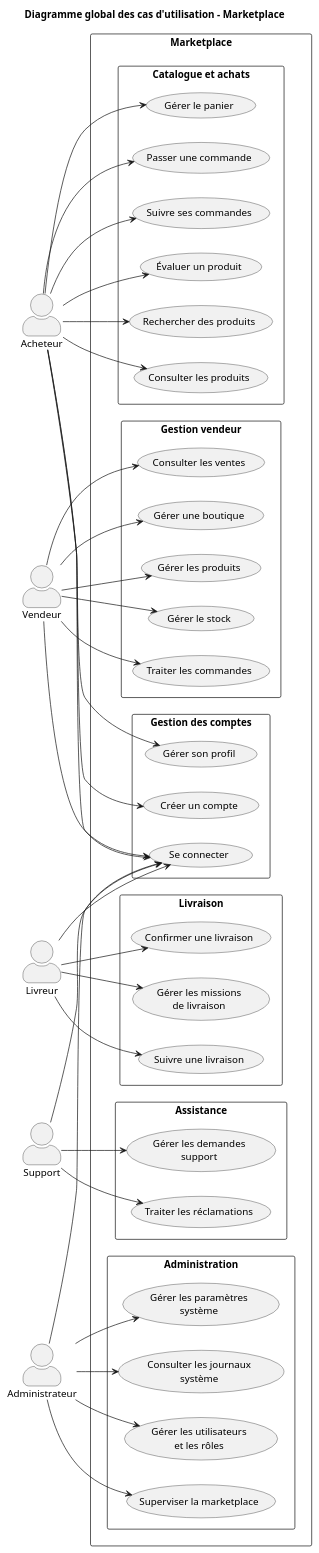
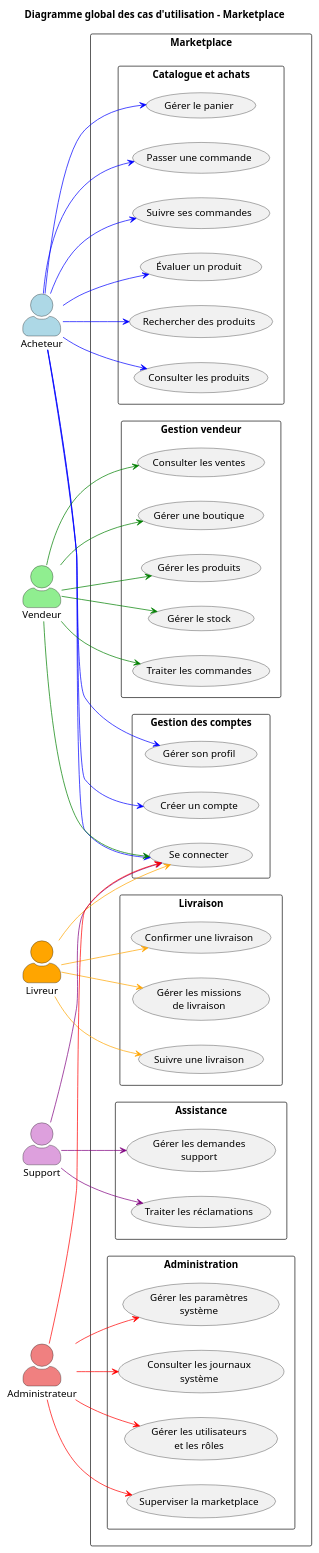
One commit to miantsaaaa/MarketPlace changed the diagram in docs/04-cas-utilisation/diagrammes/04.7-diagramme-global-use-case.puml. Above: the diagram before and after it, drawn with PlantUML. The commit also changed 8 other files, not shown here.

```diff
--- a/docs/04-cas-utilisation/diagrammes/04.7-diagramme-global-use-case.puml
+++ b/docs/04-cas-utilisation/diagrammes/04.7-diagramme-global-use-case.puml
@@ -1,136 +1,136 @@
 @startuml
 title Diagramme global des cas d'utilisation - Marketplace
 
 left to right direction
 
 skinparam packageStyle rectangle
 skinparam actorStyle awesome
 
 
 ' =====================
 ' Acteurs
 ' =====================
 
-actor "Acheteur" as Acheteur
-actor "Vendeur" as Vendeur
-actor "Livreur" as Livreur
-actor "Support" as Support
-actor "Administrateur" as Admin
+actor "Acheteur" as Acheteur #LightBlue
+actor "Vendeur" as Vendeur #LightGreen
+actor "Livreur" as Livreur #Orange
+actor "Support" as Support #Plum
+actor "Administrateur" as Admin #LightCoral
 
 
 rectangle "Marketplace" {
 
 
     package "Gestion des comptes" {
 
         usecase "Créer un compte" as UC01
         usecase "Se connecter" as UC02
         usecase "Gérer son profil" as UC03
     }
 
 
     package "Catalogue et achats" {
 
         usecase "Rechercher des produits" as UC04
         usecase "Consulter les produits" as UC05
         usecase "Gérer le panier" as UC06
         usecase "Passer une commande" as UC07
         usecase "Suivre ses commandes" as UC08
         usecase "Évaluer un produit" as UC09
     }
 
 
     package "Gestion vendeur" {
 
         usecase "Gérer une boutique" as UC10
         usecase "Gérer les produits" as UC11
         usecase "Gérer le stock" as UC12
         usecase "Traiter les commandes" as UC13
         usecase "Consulter les ventes" as UC14
     }
 
 
     package "Livraison" {
 
         usecase "Gérer les missions\nde livraison" as UC15
         usecase "Suivre une livraison" as UC16
         usecase "Confirmer une livraison" as UC17
     }
 
 
     package "Assistance" {
 
         usecase "Gérer les demandes\nsupport" as UC18
         usecase "Traiter les réclamations" as UC19
     }
 
 
     package "Administration" {
 
         usecase "Gérer les utilisateurs\net les rôles" as UC20
         usecase "Superviser la marketplace" as UC21
         usecase "Gérer les paramètres\nsystème" as UC22
         usecase "Consulter les journaux\nsystème" as UC23
     }
 
 }
 
 
 ' =====================
 ' Relations Acheteur
 ' =====================
 
-Acheteur --> UC01
-Acheteur --> UC02
-Acheteur --> UC03
-Acheteur --> UC04
-Acheteur --> UC05
-Acheteur --> UC06
-Acheteur --> UC07
-Acheteur --> UC08
-Acheteur --> UC09
+Acheteur -[#Blue]-> UC01
+Acheteur -[#Blue]-> UC02
+Acheteur -[#Blue]-> UC03
+Acheteur -[#Blue]-> UC04
+Acheteur -[#Blue]-> UC05
+Acheteur -[#Blue]-> UC06
+Acheteur -[#Blue]-> UC07
+Acheteur -[#Blue]-> UC08
+Acheteur -[#Blue]-> UC09
 
 
 ' =====================
 ' Relations Vendeur
 ' =====================
 
-Vendeur --> UC02
-Vendeur --> UC10
-Vendeur --> UC11
-Vendeur --> UC12
-Vendeur --> UC13
-Vendeur --> UC14
+Vendeur -[#Green]-> UC02
+Vendeur -[#Green]-> UC10
+Vendeur -[#Green]-> UC11
+Vendeur -[#Green]-> UC12
+Vendeur -[#Green]-> UC13
+Vendeur -[#Green]-> UC14
 
 
 ' =====================
 ' Relations Livreur
 ' =====================
 
-Livreur --> UC02
-Livreur --> UC15
-Livreur --> UC16
-Livreur --> UC17
+Livreur -[#Orange]-> UC02
+Livreur -[#Orange]-> UC15
+Livreur -[#Orange]-> UC16
+Livreur -[#Orange]-> UC17
 
 
 ' =====================
 ' Relations Support
 ' =====================
 
-Support --> UC02
-Support --> UC18
-Support --> UC19
+Support -[#Purple]-> UC02
+Support -[#Purple]-> UC18
+Support -[#Purple]-> UC19
 
 
 ' =====================
 ' Relations Administrateur
 ' =====================
 
-Admin --> UC02
-Admin --> UC20
-Admin --> UC21
-Admin --> UC22
-Admin --> UC23
+Admin -[#Red]-> UC02
+Admin -[#Red]-> UC20
+Admin -[#Red]-> UC21
+Admin -[#Red]-> UC22
+Admin -[#Red]-> UC23
 
 
 @enduml
```
